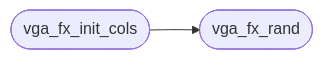
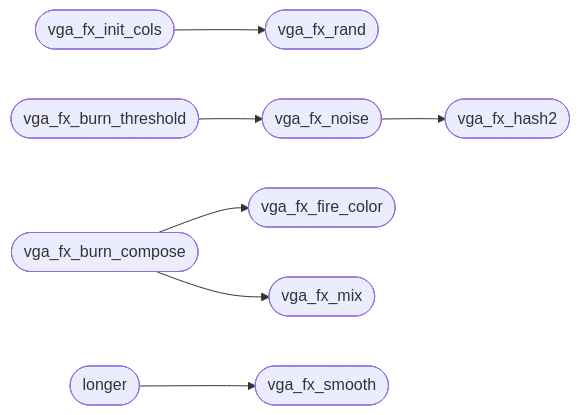
One commit to grisuno/miniOS changed the second of 2 diagrams in readmenator-apidocs/modules/headers.vga_fx.h.md. Above: the diagram before and after it, drawn with Mermaid. The commit also changed other lines of this file and 165 other files, not shown here.

````diff
--- a/readmenator-apidocs/modules/headers.vga_fx.h.md
+++ b/readmenator-apidocs/modules/headers.vga_fx.h.md
@@ -17,6 +28,19 @@
 ```mermaid
 flowchart LR
     n_headers_vga_fx_h__vga_fx_init_cols(["vga_fx_init_cols"])
     n_headers_vga_fx_h__vga_fx_rand(["vga_fx_rand"])
+    n_headers_vga_fx_h__vga_fx_noise(["vga_fx_noise"])
+    n_headers_vga_fx_h__vga_fx_hash2(["vga_fx_hash2"])
+    n_headers_vga_fx_h__vga_fx_burn_threshold(["vga_fx_burn_threshold"])
+    n_headers_vga_fx_h__vga_fx_burn_compose(["vga_fx_burn_compose"])
+    n_headers_vga_fx_h__vga_fx_fire_color(["vga_fx_fire_color"])
+    n_headers_vga_fx_h__vga_fx_mix(["vga_fx_mix"])
+    n_headers_vga_fx_h__longer(["longer"])
+    n_headers_vga_fx_h__vga_fx_smooth(["vga_fx_smooth"])
     n_headers_vga_fx_h__vga_fx_init_cols --> n_headers_vga_fx_h__vga_fx_rand
+    n_headers_vga_fx_h__vga_fx_noise --> n_headers_vga_fx_h__vga_fx_hash2
+    n_headers_vga_fx_h__vga_fx_burn_threshold --> n_headers_vga_fx_h__vga_fx_noise
+    n_headers_vga_fx_h__vga_fx_burn_compose --> n_headers_vga_fx_h__vga_fx_fire_color
+    n_headers_vga_fx_h__vga_fx_burn_compose --> n_headers_vga_fx_h__vga_fx_mix
+    n_headers_vga_fx_h__longer --> n_headers_vga_fx_h__vga_fx_smooth
 ```
````
